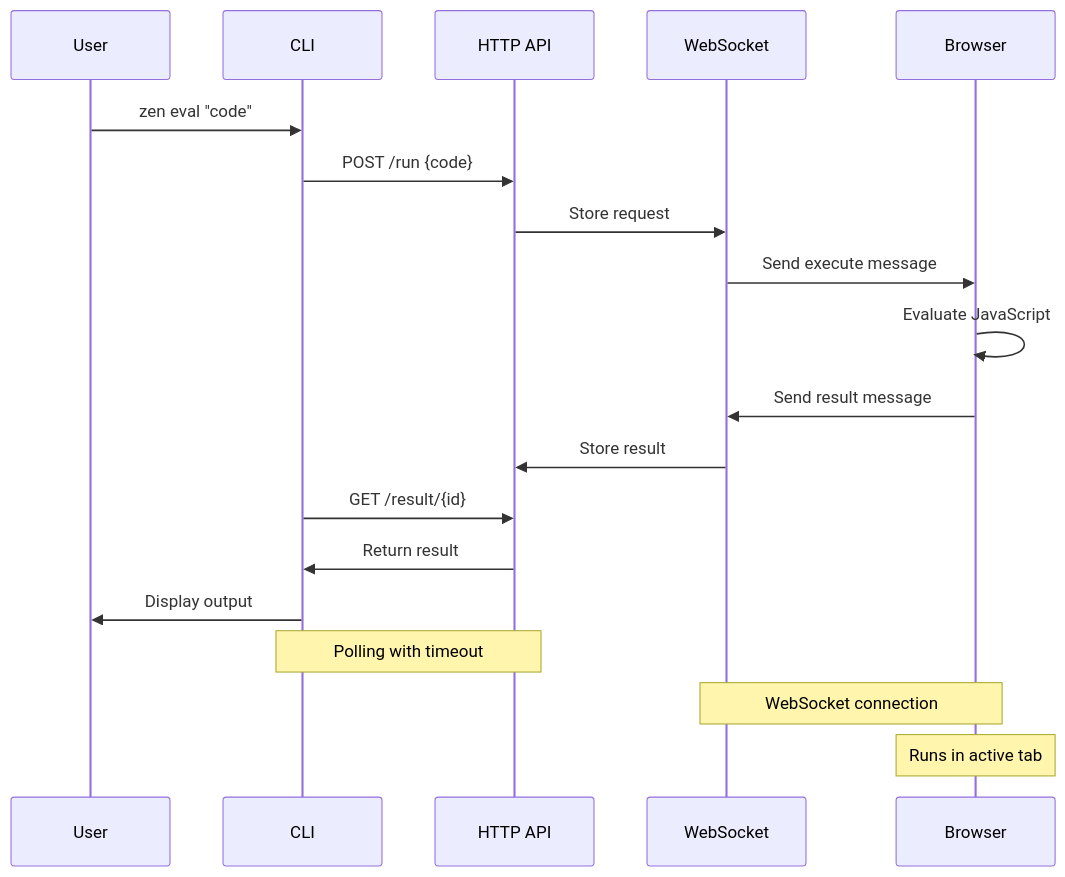
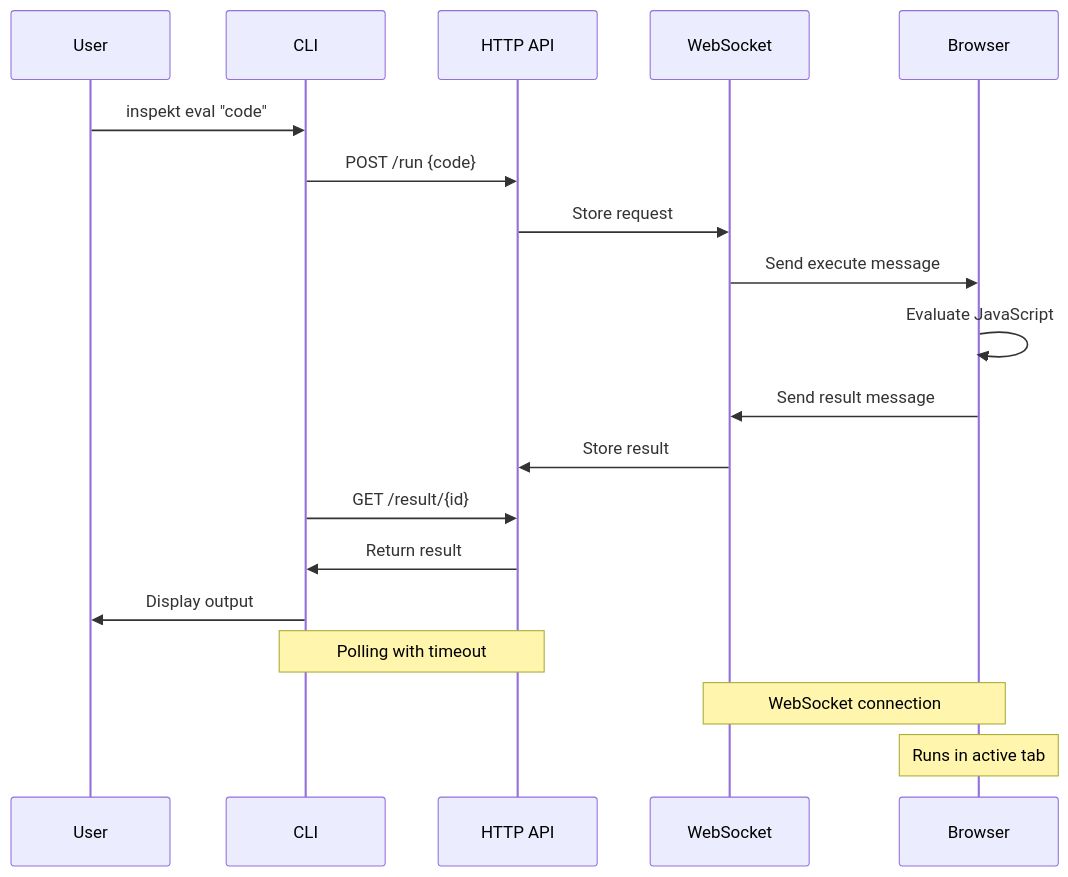
One commit to roelvangils/zen-bridge changed the sixth of 7 diagrams in docs/development/architecture.md. Above: the diagram before and after it, drawn with Mermaid. The commit also changed other lines of this file and 99 other files, not shown here.

First line of the commit message:
feat: Rename project from Zen Bridge to Inspekt

````diff
--- a/docs/development/architecture.md
+++ b/docs/development/architecture.md
@@ -327,23 +327,23 @@
 ```mermaid
 sequenceDiagram
     participant U as User
     participant C as CLI
     participant H as HTTP API
     participant W as WebSocket
     participant B as Browser
 
-    U->>C: zen eval "code"
+    U->>C: inspekt eval "code"
     C->>H: POST /run {code}
     H->>W: Store request
     W->>B: Send execute message
     B->>B: Evaluate JavaScript
     B->>W: Send result message
     W->>H: Store result
     C->>H: GET /result/{id}
     H->>C: Return result
     C->>U: Display output
 
     Note over C,H: Polling with timeout
     Note over W,B: WebSocket connection
     Note over B: Runs in active tab
 ```
````
